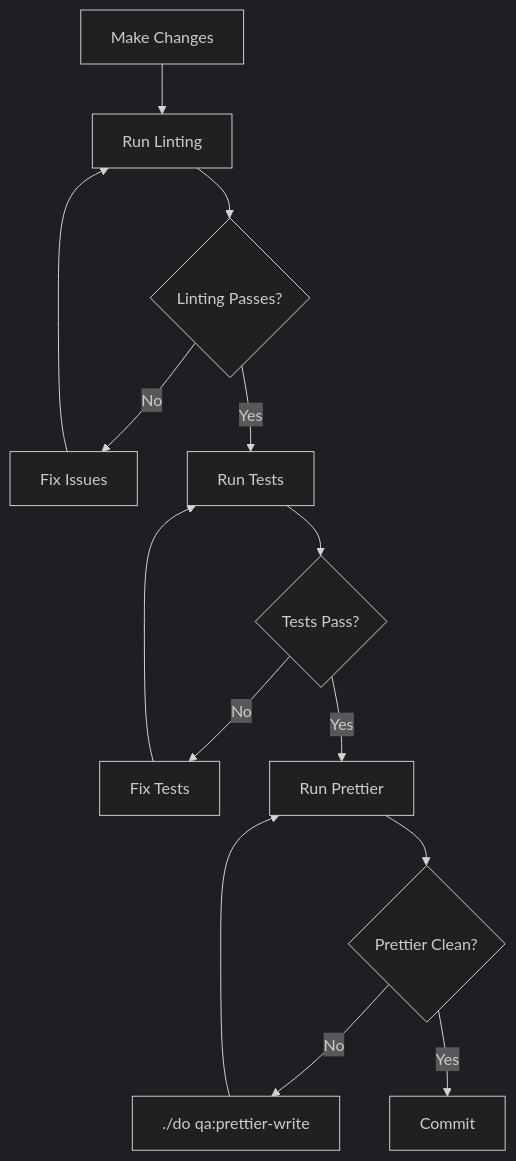
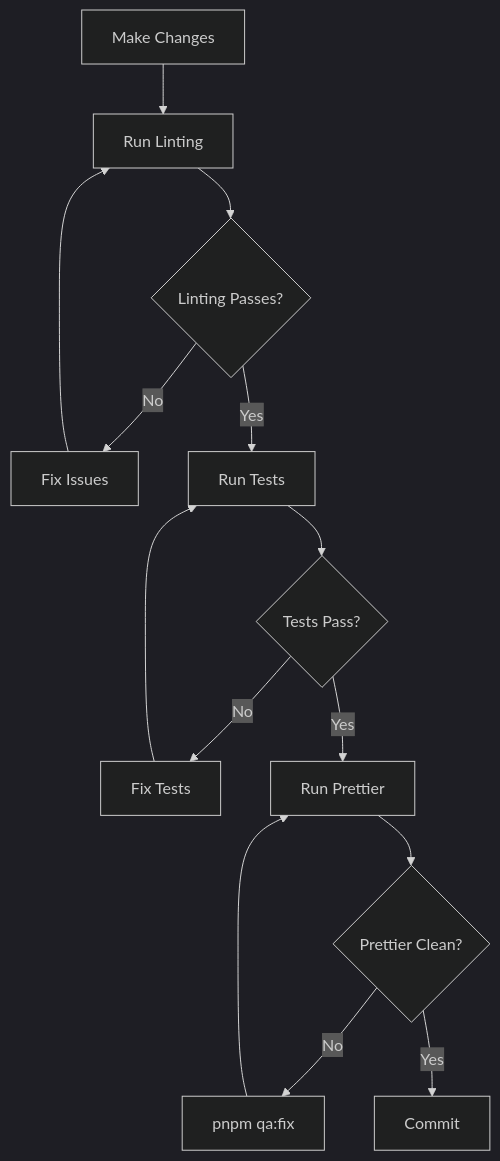
One commit to mailpoet/mailpoet changed the diagram in .ai/skills/mailpoet-dev-cycle/SKILL.md. Above: the diagram before and after it, drawn with Mermaid (dark theme). The commit also changed other lines of this file and 11 other files, not shown here.

````diff
--- a/.ai/skills/mailpoet-dev-cycle/SKILL.md
+++ b/.ai/skills/mailpoet-dev-cycle/SKILL.md
@@ -66,16 +66,16 @@
 ```mermaid
 graph TD
     A[Make Changes] --> B[Run Linting]
     B --> C{Linting Passes?}
     C -->|No| D[Fix Issues]
     D --> B
     C -->|Yes| E[Run Tests]
     E --> F{Tests Pass?}
     F -->|No| G[Fix Tests]
     G --> E
     F -->|Yes| H[Run Prettier]
     H --> I{Prettier Clean?}
-    I -->|No| J["./do qa:prettier-write"]
+    I -->|No| J["pnpm qa:fix"]
     J --> H
     I -->|Yes| K[Commit]
 ```
````
